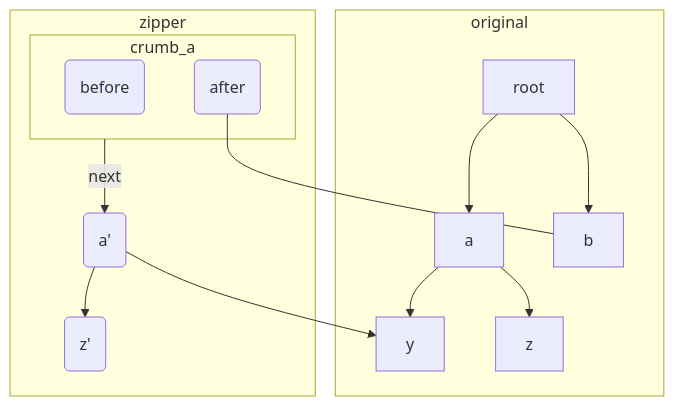
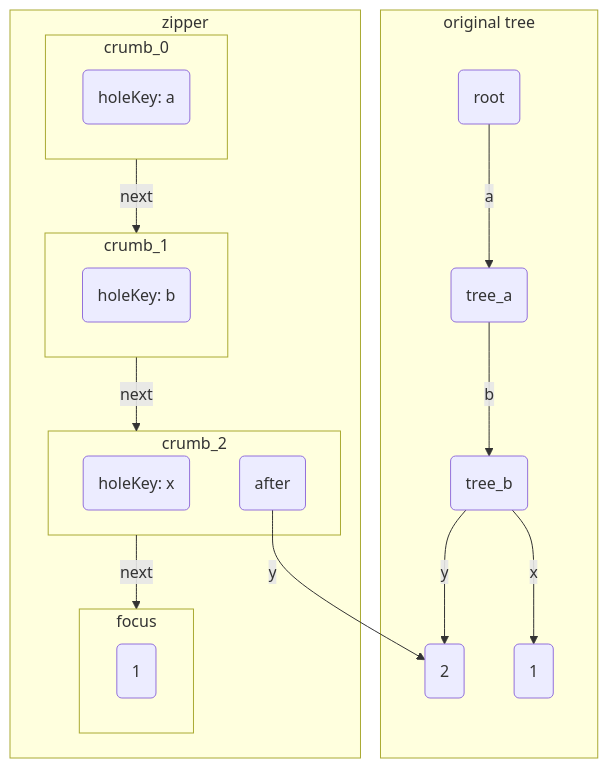
One commit to jzhonx/jzhonx.github.io changed the fifth of 6 diagrams in _posts/2026-03-17-zippers.markdown. Above: the diagram before and after it, drawn with Mermaid. The commit also changed other lines of this file, not shown here.

````diff
--- a/_posts/2026-03-17-zippers.markdown
+++ b/_posts/2026-03-17-zippers.markdown
@@ -241,22 +295,33 @@
 ```mermaid
 flowchart TD
 
-subgraph original
-	root --> a
-	root --> b
-	a --> y
-	a --> z
+subgraph original tree
+  root1("root") -->|a| a
+  a("tree_a") -->|b| b("tree_b")
+  b --> |x| x("1")
+  b --> |y| y("2")
 end
 
 subgraph zipper
-	subgraph crumb_a
-		crumb_a_before("before")
-		crumb_a_after("after")
-		crumb_a_after --- b
+  subgraph crumb_0
+    crumb_0_key("holeKey: a")
+	end
+
+	subgraph crumb_1
+    crumb_1_key("holeKey: b")
+	end
+
+  subgraph crumb_2
+    crumb_2_key("holeKey: x")
+    crumb_2_after("after") -->|y| y
 	end
 	
-	crumb_a -->|next| top
-	top("a'") --> y
-	top --> z_prime("z'")
+  subgraph focus
+    focus_node("1")
+  end
+
+  crumb_0 -->|next| crumb_1
+  crumb_1 -->|next| crumb_2
+  crumb_2 -->|next| focus
 end
 ```
````
